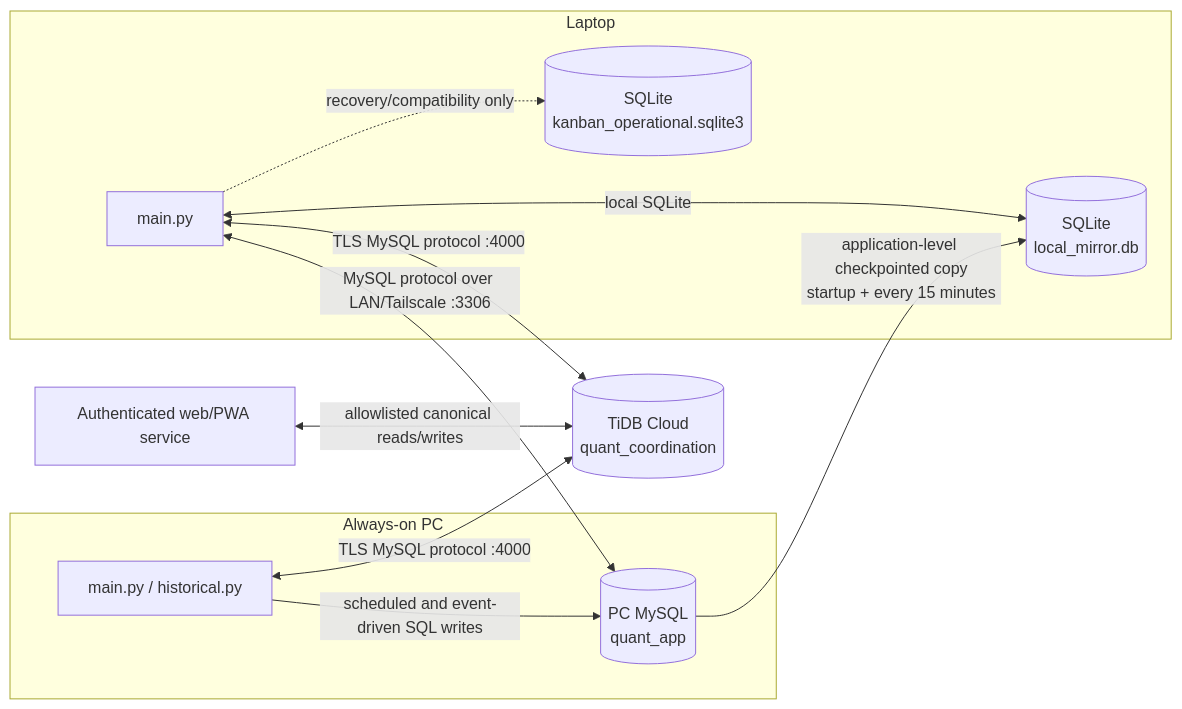
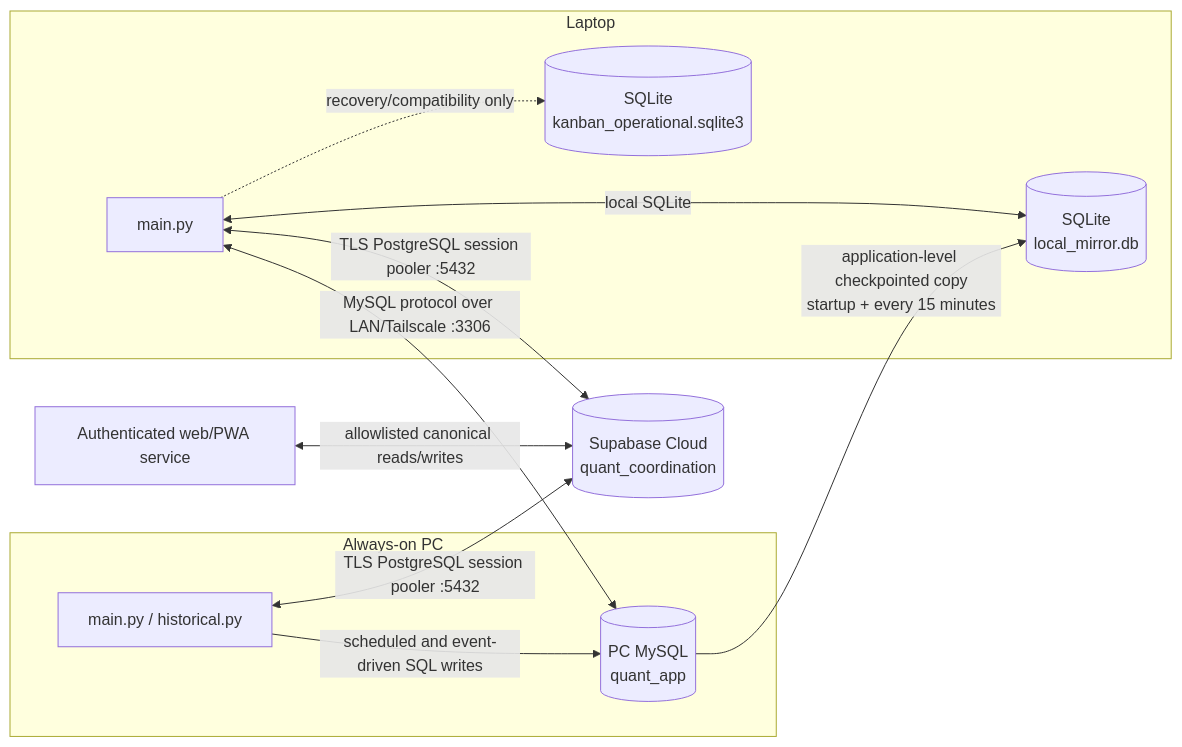
Before and after one commit to cafe-auvers/quant_app: the diagram in docs/database_architecture.md, drawn with Mermaid. The commit also changed other lines of this file and 80 other files, not shown here.

````diff
--- a/docs/database_architecture.md
+++ b/docs/database_architecture.md
@@ -57,26 +61,26 @@
 ```mermaid
 flowchart LR
     subgraph PC["Always-on PC"]
         PCAPP["main.py / historical.py"]
         MYSQL[("PC MySQL\nquant_app")]
         PCAPP -->|"scheduled and event-driven SQL writes"| MYSQL
     end
 
     subgraph LAPTOP["Laptop"]
         LAPAPP["main.py"]
         MIRROR[("SQLite\nlocal_mirror.db")]
         LOCALOPS[("SQLite\nkanban_operational.sqlite3")]
         LAPAPP <-->|"local SQLite"| MIRROR
         LAPAPP -.->|"recovery/compatibility only"| LOCALOPS
     end
 
-    TIDB[("TiDB Cloud\nquant_coordination")]
+    SUPABASE[("Supabase Cloud\nquant_coordination")]
     WEB["Authenticated web/PWA service"]
 
     LAPAPP <-->|"MySQL protocol over LAN/Tailscale :3306"| MYSQL
     MYSQL -->|"application-level checkpointed copy\nstartup + every 15 minutes"| MIRROR
-    LAPAPP <-->|"TLS MySQL protocol :4000"| TIDB
-    PCAPP <-->|"TLS MySQL protocol :4000"| TIDB
-    WEB <-->|"allowlisted canonical reads/writes"| TIDB
+    LAPAPP <-->|"TLS PostgreSQL session pooler :5432"| SUPABASE
+    PCAPP <-->|"TLS PostgreSQL session pooler :5432"| SUPABASE
+    WEB <-->|"allowlisted canonical reads/writes"| SUPABASE
 
 ```
````
